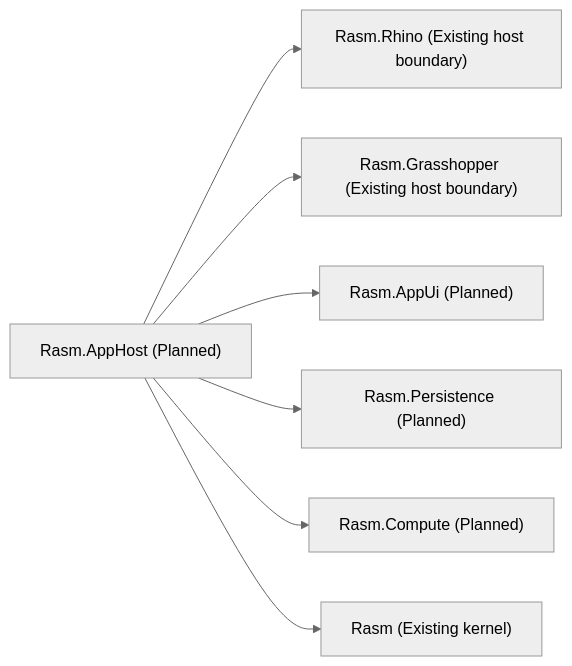
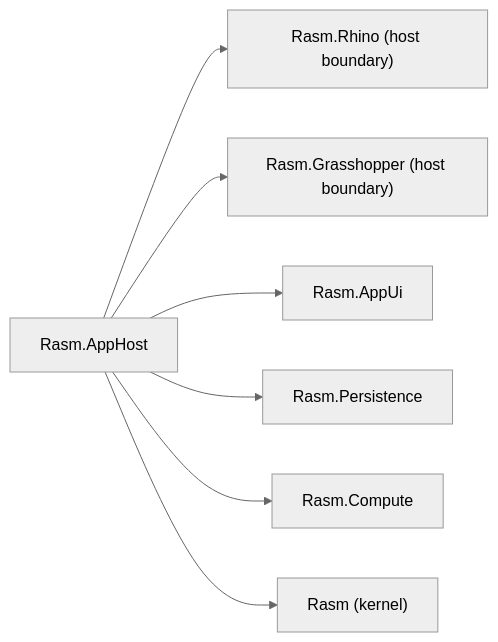
One commit to bsamiee/Rasm changed the diagram in libs/csharp/Rasm.AppHost/_ARCHITECTURE.md. Above: the diagram before and after it, drawn with Mermaid (neutral theme). The commit also changed other lines of this file and 52 other files, not shown here.

First line of the commit message:
Refactor Rasm.Rhino boundary modules and refresh stack documentation.

````diff
--- a/libs/csharp/Rasm.AppHost/_ARCHITECTURE.md
+++ b/libs/csharp/Rasm.AppHost/_ARCHITECTURE.md
@@ -14,9 +14,9 @@
 ```mermaid
 flowchart LR
-    Host["Rasm.AppHost (Planned)"] --> Rhino["Rasm.Rhino (Existing host boundary)"]
-    Host --> Gh["Rasm.Grasshopper (Existing host boundary)"]
-    Host --> Ui["Rasm.AppUi (Planned)"]
-    Host --> Store["Rasm.Persistence (Planned)"]
-    Host --> Compute["Rasm.Compute (Planned)"]
-    Host --> Domain["Rasm (Existing kernel)"]
+    Host["Rasm.AppHost"] --> Rhino["Rasm.Rhino (host boundary)"]
+    Host --> Gh["Rasm.Grasshopper (host boundary)"]
+    Host --> Ui["Rasm.AppUi"]
+    Host --> Store["Rasm.Persistence"]
+    Host --> Compute["Rasm.Compute"]
+    Host --> Domain["Rasm (kernel)"]
 ```
````
